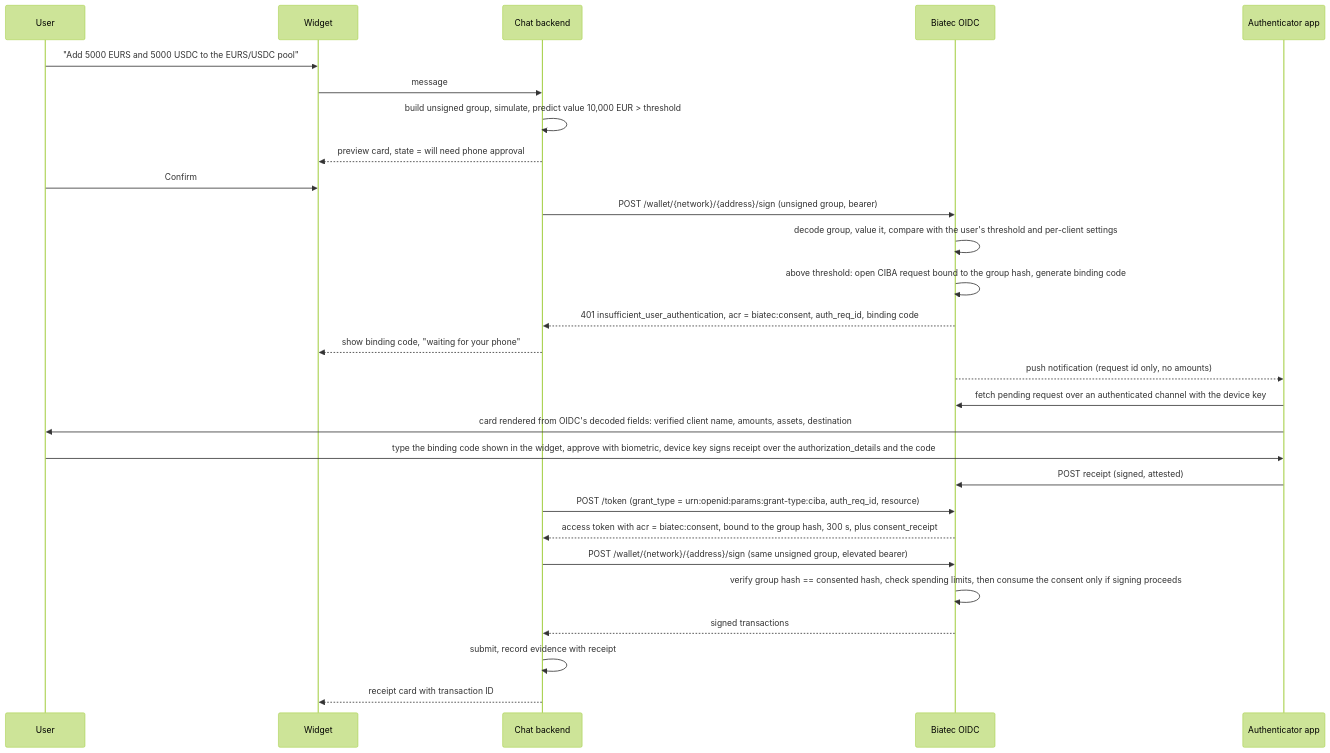
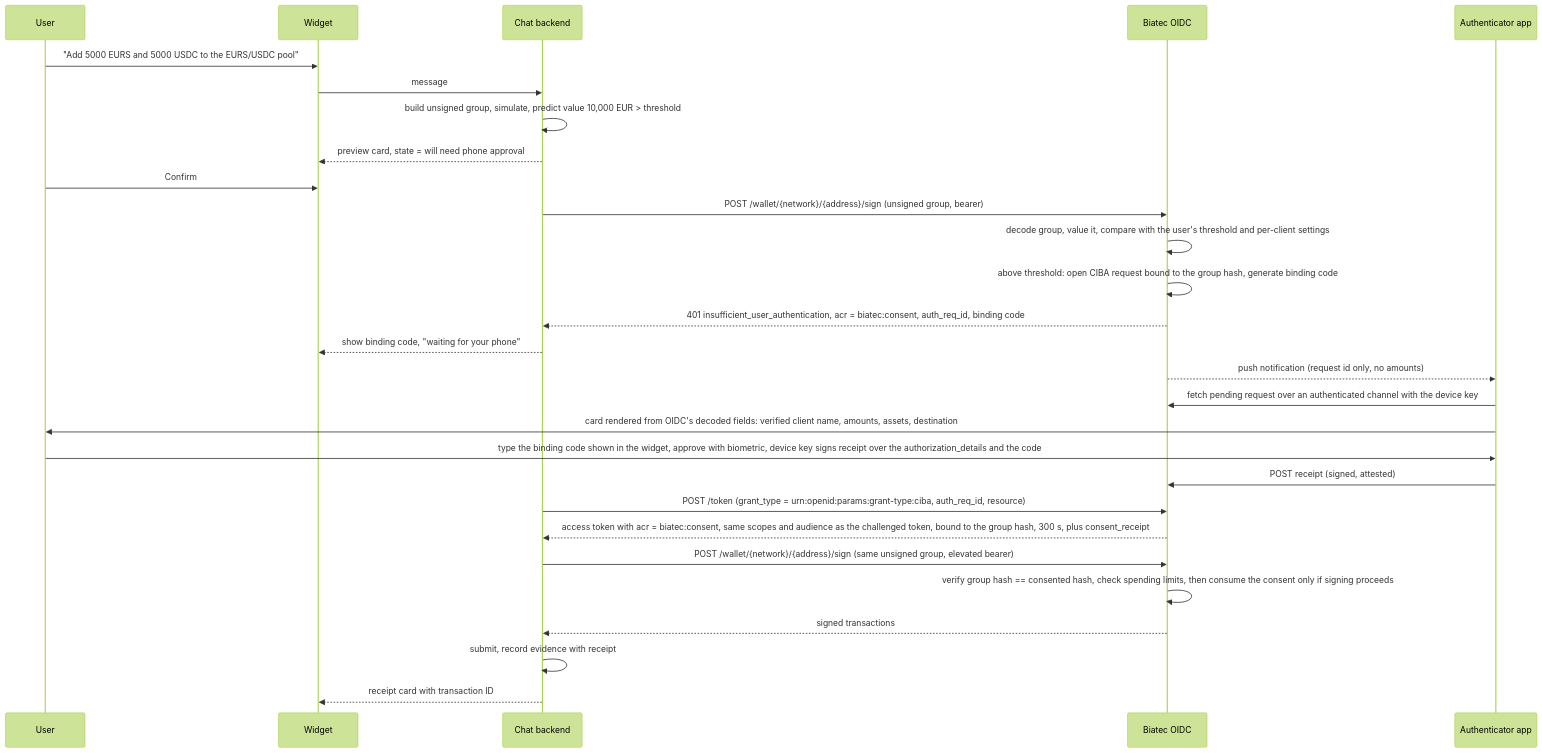
The third of 3 diagrams in PRODUCT-DESCRIPTION.md (scholtz/biatec-chat), drawn with Mermaid (forest theme) before and after one commit. The commit also changed other lines of this file, not shown here.

````diff
--- a/PRODUCT-DESCRIPTION.md
+++ b/PRODUCT-DESCRIPTION.md
@@ -406,31 +407,31 @@
 ```mermaid
 sequenceDiagram
     participant U as User
     participant W as Widget
     participant API as Chat backend
     participant O as Biatec OIDC
     participant A as Authenticator app
 
     U->>W: "Add 5000 EURS and 5000 USDC to the EURS/USDC pool"
     W->>API: message
     API->>API: build unsigned group, simulate, predict value 10,000 EUR > threshold
     API-->>W: preview card, state = will need phone approval
     U->>W: Confirm
     API->>O: POST /wallet/{network}/{address}/sign (unsigned group, bearer)
     O->>O: decode group, value it, compare with the user's threshold and per-client settings
     O->>O: above threshold: open CIBA request bound to the group hash, generate binding code
     O-->>API: 401 insufficient_user_authentication, acr = biatec:consent, auth_req_id, binding code
     API-->>W: show binding code, "waiting for your phone"
     O-->>A: push notification (request id only, no amounts)
     A->>O: fetch pending request over an authenticated channel with the device key
     A->>U: card rendered from OIDC's decoded fields: verified client name, amounts, assets, destination
     U->>A: type the binding code shown in the widget, approve with biometric, device key signs receipt over the authorization_details and the code
     A->>O: POST receipt (signed, attested)
     API->>O: POST /token (grant_type = urn:openid:params:grant-type:ciba, auth_req_id, resource)
-    O-->>API: access token with acr = biatec:consent, bound to the group hash, 300 s, plus consent_receipt
+    O-->>API: access token with acr = biatec:consent, same scopes and audience as the challenged token, bound to the group hash, 300 s, plus consent_receipt
     API->>O: POST /wallet/{network}/{address}/sign (same unsigned group, elevated bearer)
     O->>O: verify group hash == consented hash, check spending limits, then consume the consent only if signing proceeds
     O-->>API: signed transactions
     API->>API: submit, record evidence with receipt
     API-->>W: receipt card with transaction ID
 ```
````
